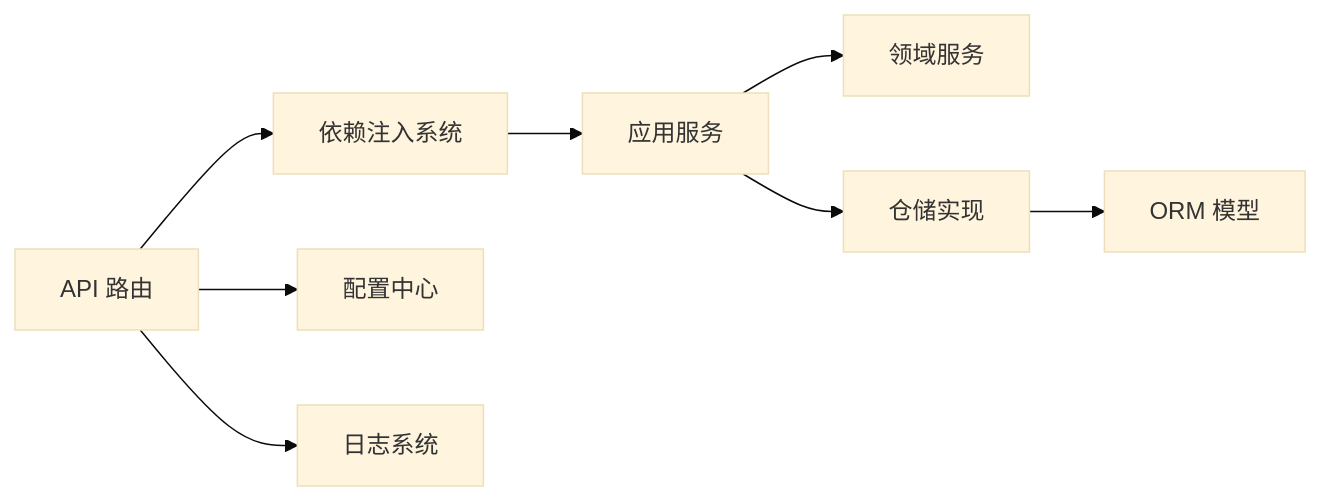
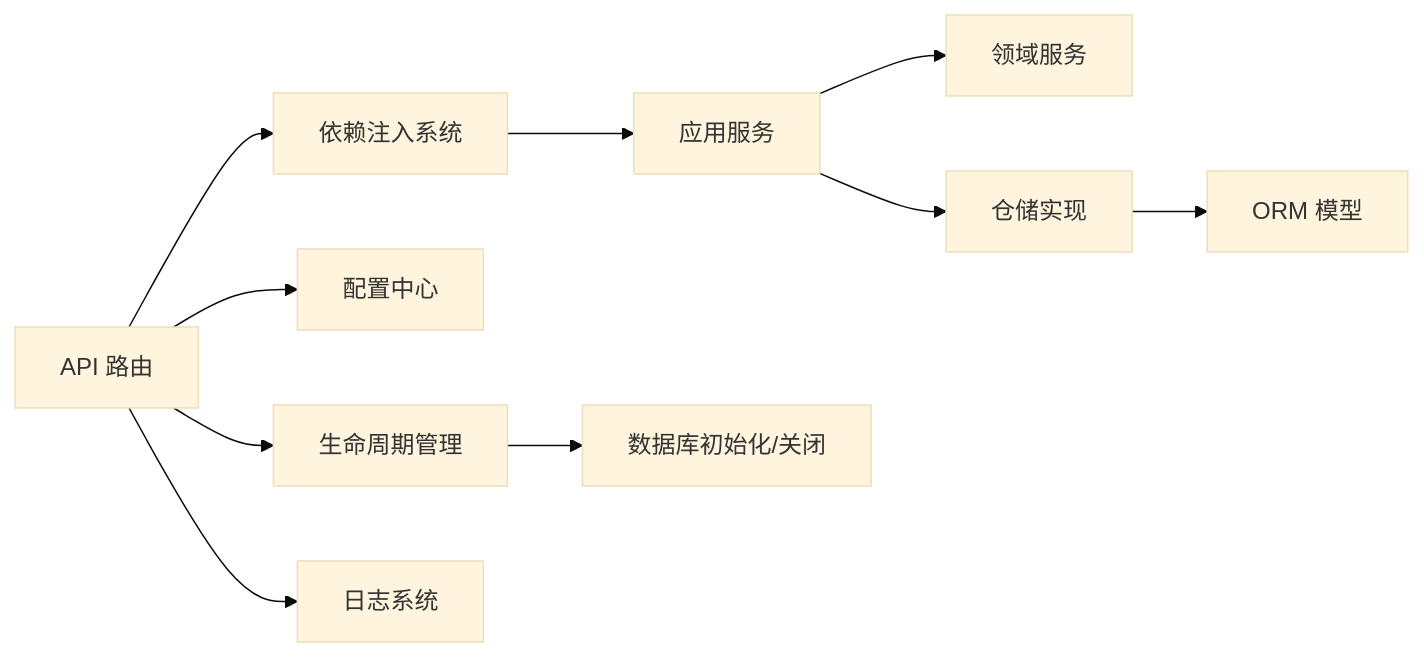
One commit to taoweidong/Hello-FastApi changed the fifth of 5 diagrams in .qoder/repowiki/zh/content/后端架构设计/后端架构设计.md. Above: the diagram before and after it, drawn with Mermaid (base theme). The commit also changed other lines of this file and 61 other files, not shown here.

````diff
--- a/.qoder/repowiki/zh/content/后端架构设计/后端架构设计.md
+++ b/.qoder/repowiki/zh/content/后端架构设计/后端架构设计.md
@@ -260,10 +275,12 @@
 ```mermaid
 graph LR
 API["API 路由"] --> DEP["依赖注入系统"]
 DEP --> SVC["应用服务"]
 SVC --> DOM["领域服务"]
 SVC --> REP["仓储实现"]
 REP --> ORM["ORM 模型"]
 API --> CFG["配置中心"]
+API --> LIFECYCLE["生命周期管理"]
+LIFECYCLE --> DB["数据库初始化/关闭"]
 API --> LOG["日志系统"]
 ```
````
